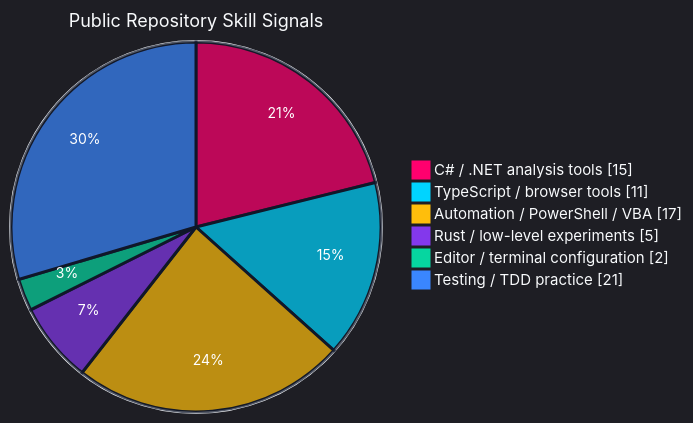
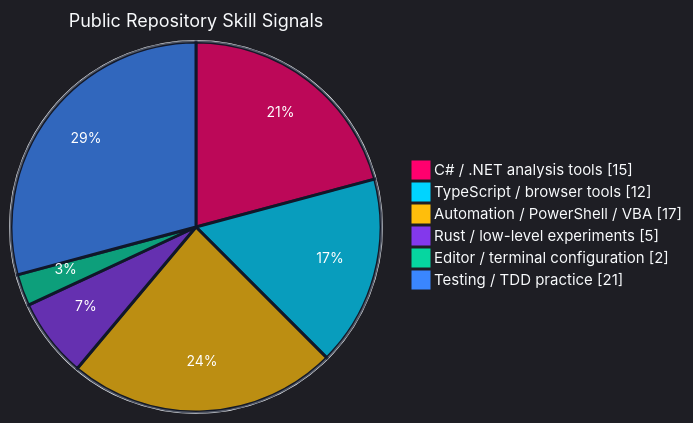
Before and after one commit to SSsan-00/SSsan-00: the first of 4 diagrams in README.md, drawn with Mermaid. The commit also changed other lines of this file and 2 other files, not shown here.

````diff
--- a/README.md
+++ b/README.md
@@ -44,11 +44,11 @@
 ```mermaid
 %%{init: {"theme":"dark","themeVariables":{"background":"#0f172a","mainBkg":"#0f172a","textColor":"#f8fafc","primaryTextColor":"#f8fafc","pieStrokeColor":"#0f172a","pieStrokeWidth":"3px","pieOuterStrokeColor":"#f8fafc","pieOuterStrokeWidth":"2px","pieTitleTextColor":"#f8fafc","pieTitleTextSize":"18px","pieLegendTextColor":"#f8fafc","pieLegendTextSize":"15px","pieSectionTextColor":"#ffffff","pieSectionTextSize":"14px","pie1":"#ff006e","pie2":"#00d4ff","pie3":"#ffbe0b","pie4":"#8338ec","pie5":"#06d6a0","pie6":"#3a86ff"}}}%%
 pie showData
   title Public Repository Skill Signals
   "C# / .NET analysis tools" : 15
-  "TypeScript / browser tools" : 11
+  "TypeScript / browser tools" : 12
   "Automation / PowerShell / VBA" : 17
   "Rust / low-level experiments" : 5
   "Editor / terminal configuration" : 2
   "Testing / TDD practice" : 21
 ```
````
